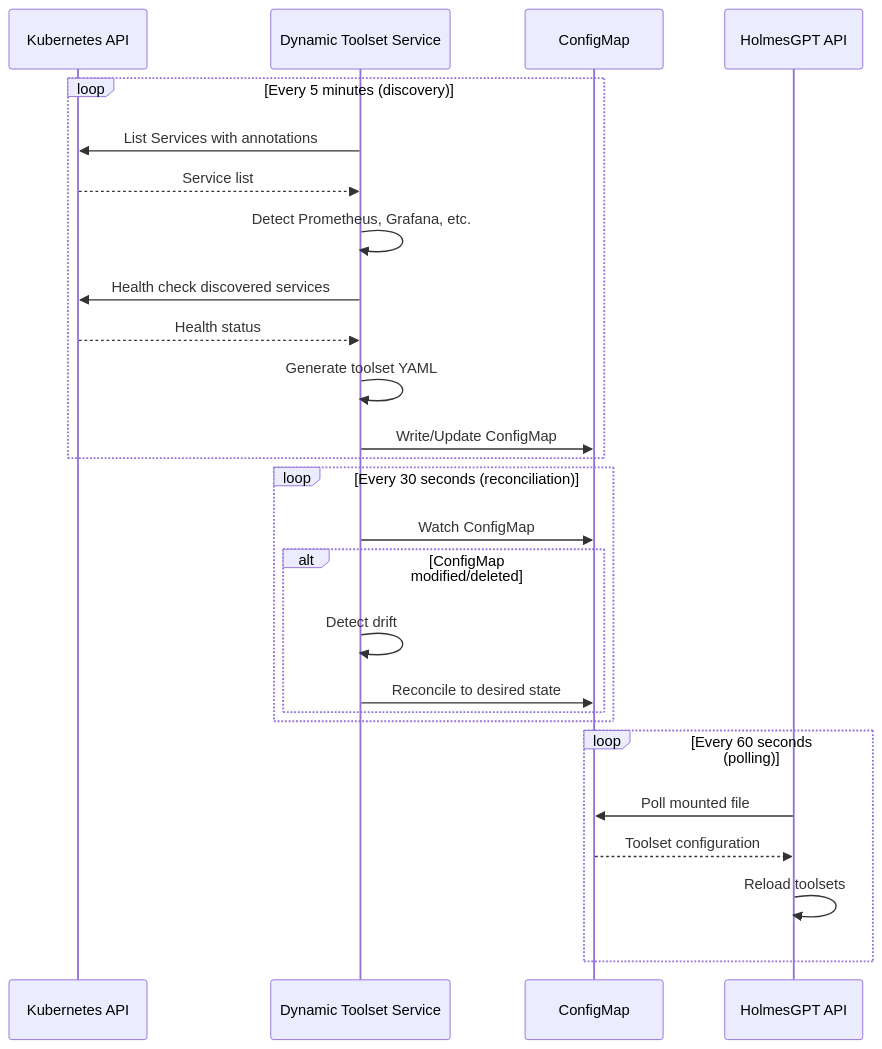
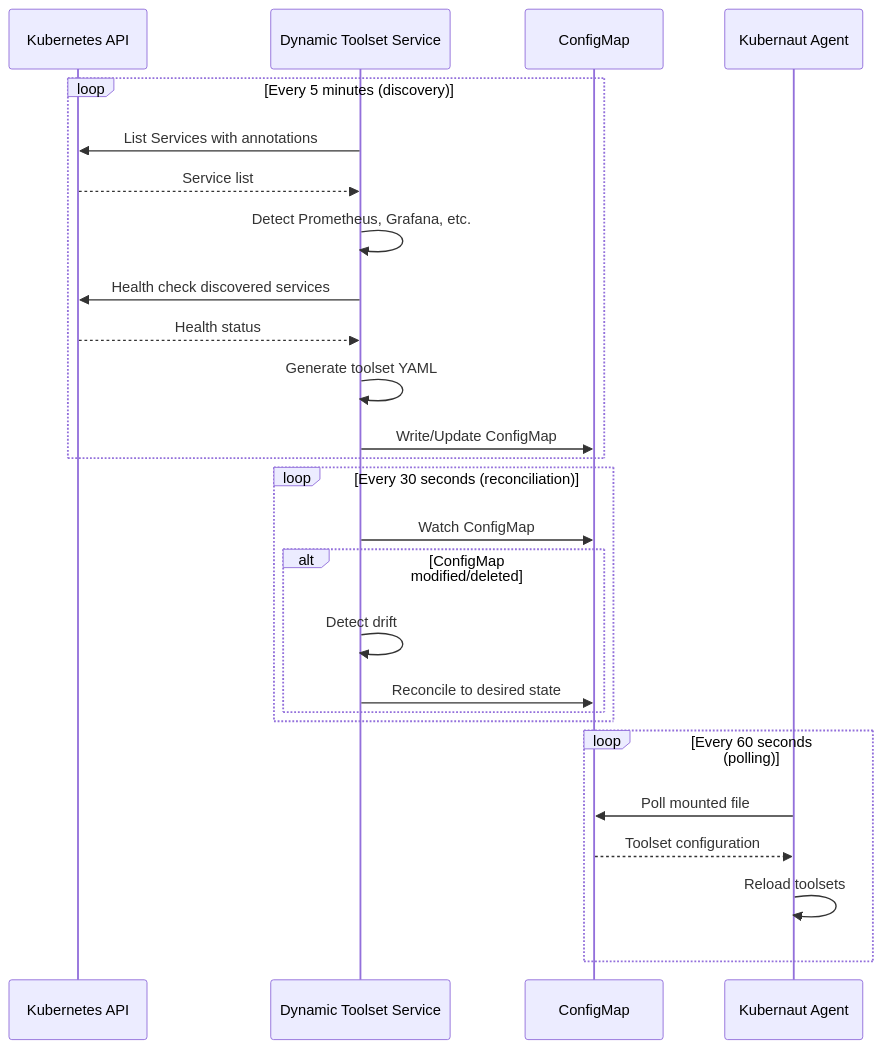
Before and after one commit to jordigilh/kubernaut: the first of 2 diagrams in docs/services/stateless/dynamic-toolset/overview.md, drawn with Mermaid. The commit also changed other lines of this file and 36 other files, not shown here.

````diff
--- a/docs/services/stateless/dynamic-toolset/overview.md
+++ b/docs/services/stateless/dynamic-toolset/overview.md
@@ -121,31 +121,31 @@
 ```mermaid
 sequenceDiagram
     participant K8s as Kubernetes API
     participant DTS as Dynamic Toolset Service
     participant CM as ConfigMap
-    participant HG as HolmesGPT API
+    participant HG as Kubernaut Agent
 
     loop Every 5 minutes (discovery)
         DTS->>K8s: List Services with annotations
         K8s-->>DTS: Service list
         DTS->>DTS: Detect Prometheus, Grafana, etc.
         DTS->>K8s: Health check discovered services
         K8s-->>DTS: Health status
         DTS->>DTS: Generate toolset YAML
         DTS->>CM: Write/Update ConfigMap
     end
 
     loop Every 30 seconds (reconciliation)
         DTS->>CM: Watch ConfigMap
         alt ConfigMap modified/deleted
             DTS->>DTS: Detect drift
             DTS->>CM: Reconcile to desired state
         end
     end
 
     loop Every 60 seconds (polling)
         HG->>CM: Poll mounted file
         CM-->>HG: Toolset configuration
         HG->>HG: Reload toolsets
     end
 ```
````
